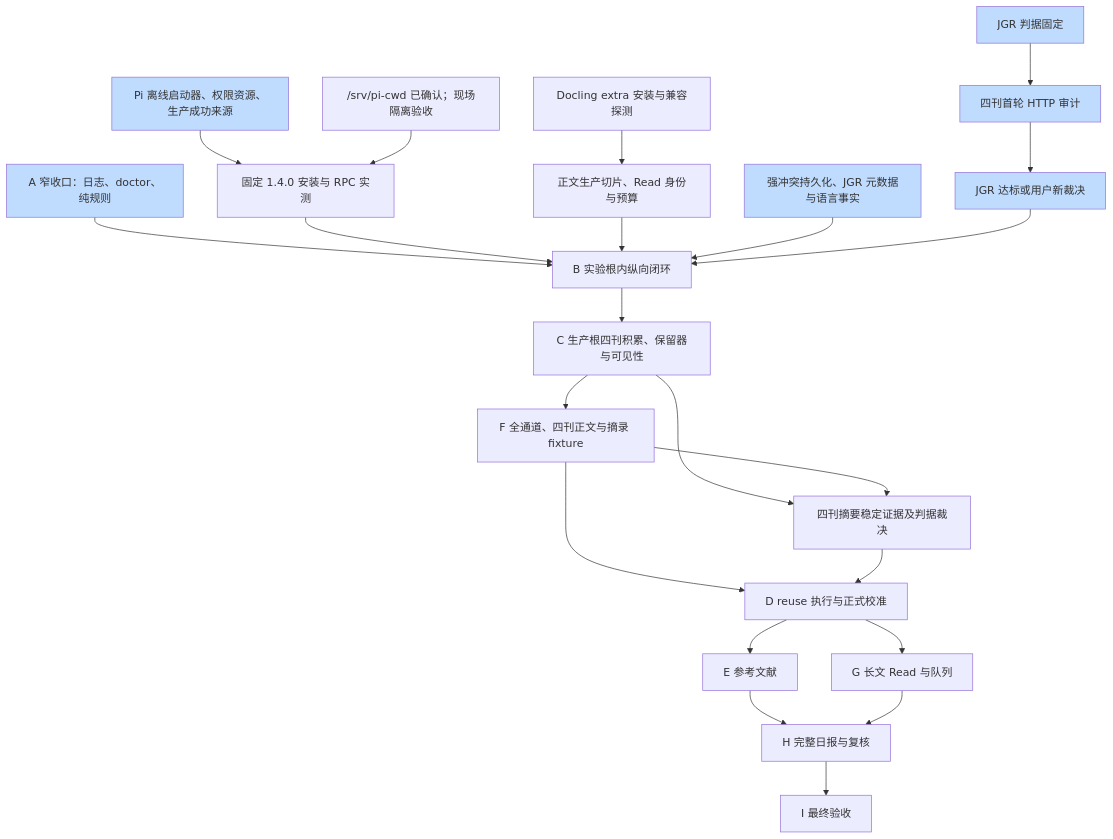
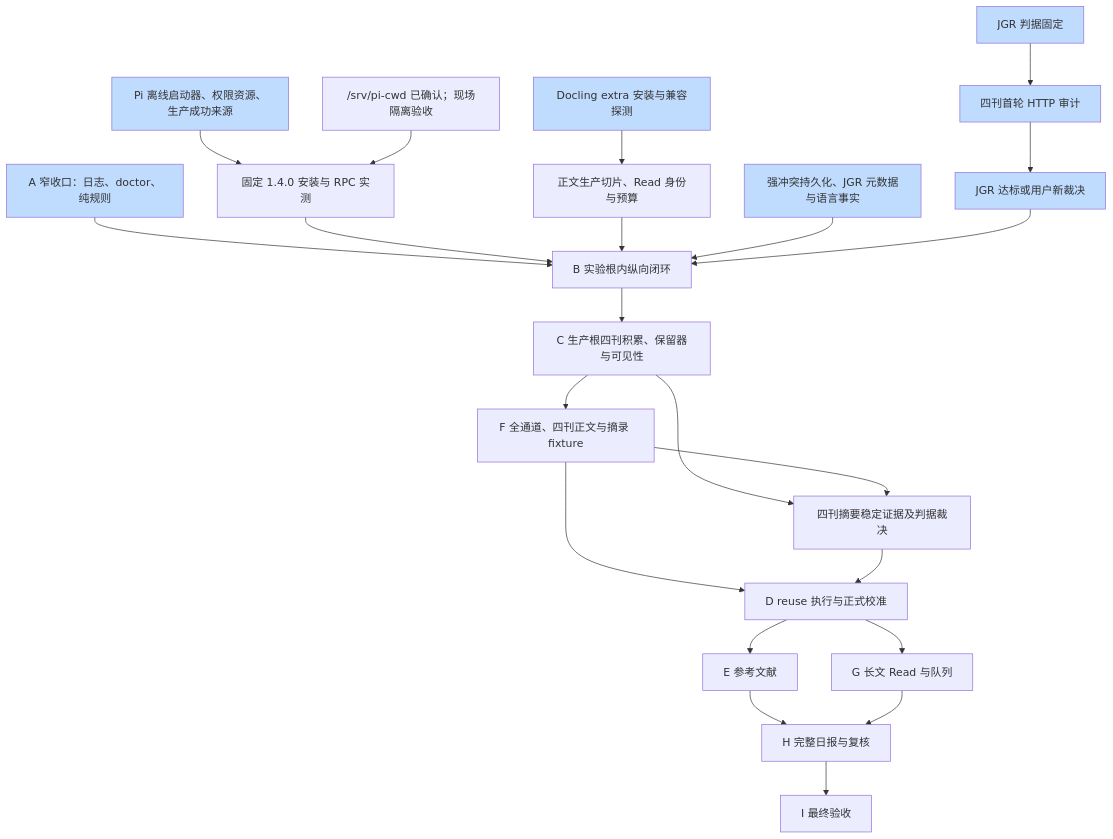
The diagram in docs/roadmap.md (MeteoBoy4/PaperRadar), drawn with Mermaid before and after one commit. The commit also changed other lines of this file and 6 other files, not shown here.

````diff
--- a/docs/roadmap.md
+++ b/docs/roadmap.md
@@ -19,26 +20,26 @@
 ```mermaid
 flowchart TD
   J[JGR 判据固定] --> Audit[四刊首轮 HTTP 审计]
   Audit --> Source[JGR 达标或用户新裁决]
   A[A 窄收口：日志、doctor、纯规则] --> B[B 实验根内纵向闭环]
   Pi[Pi 离线启动器、权限资源、生产成功来源] --> Live[固定 1.4.0 安装与 RPC 实测]
   Cwd["/srv/pi-cwd 已确认；现场隔离验收"] --> Live
   Live --> B
   Extra[Docling extra 安装与兼容探测] --> Body[正文生产切片、Read 身份与预算]
   Body --> B
   Feed[强冲突持久化、JGR 元数据与语言事实] --> B
   Source --> B
   B --> C[C 生产根四刊积累、保留器与可见性]
   C --> F[F 全通道、四刊正文与摘录 fixture]
   C --> Abstract[四刊摘要稳定证据及判据裁决]
   F --> Abstract
   F --> D[D reuse 执行与正式校准]
   Abstract --> D
   D --> E[E 参考文献]
   D --> G[G 长文 Read 与队列]
   E --> H[H 完整日报与复核]
   G --> H
   H --> I[I 最终验收]
   classDef completed fill:#bfdbfe
-  class J,Audit,Source,A,Pi,Feed completed
+  class J,Audit,Source,A,Pi,Extra,Feed completed
 ```
````
